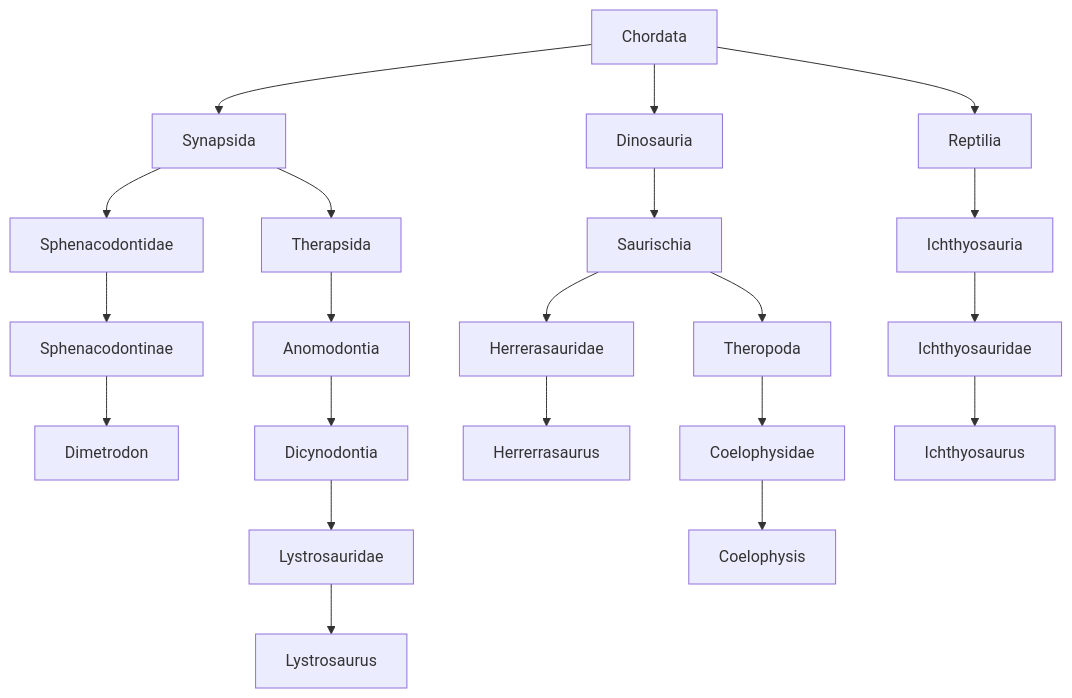
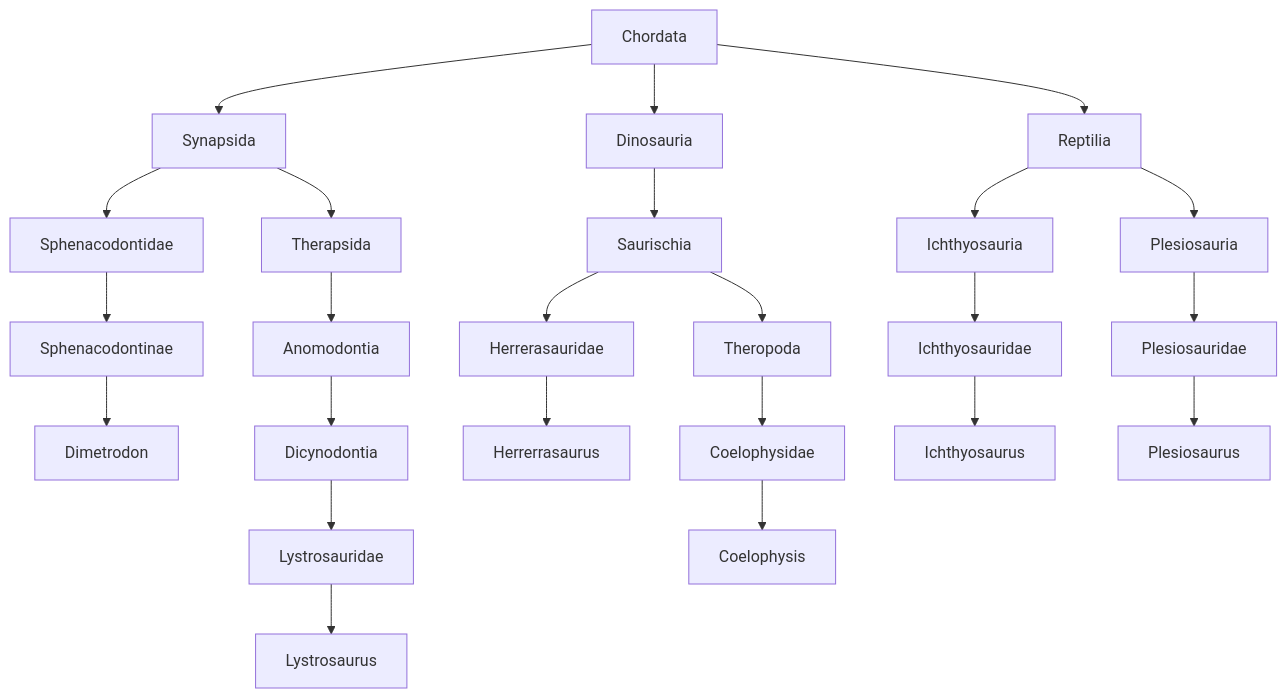
Before and after one commit to jackdixonryan/JWE2-Taxonomy: the diagram in readme.md, drawn with Mermaid.

Commit message:
Update readme.md
Added Plesiosaurus

````diff
--- a/readme.md
+++ b/readme.md
@@ -3,32 +3,37 @@
 ```mermaid
 graph TD;
 
 Chordata-->Synapsida
 Chordata-->Dinosauria
 Chordata-->Reptilia
 
 Synapsida-->Sphenacodontidae
 Synapsida-->Therapsida
 
 Sphenacodontidae-->Sphenacodontinae
 Sphenacodontinae-->Dimetrodon
 
 Therapsida-->Anomodontia
 Anomodontia-->Dicynodontia
 Dicynodontia-->Lystrosauridae
 Lystrosauridae-->Lystrosaurus
 
 Dinosauria-->Saurischia
 
 Saurischia-->Herrerasauridae
 Saurischia-->Theropoda
 
 Herrerasauridae-->Herrerrasaurus
 
 Theropoda-->Coelophysidae
 Coelophysidae-->Coelophysis
 
 Reptilia-->Ichthyosauria
+Reptilia-->Plesiosauria
+
 Ichthyosauria-->Ichthyosauridae 
 Ichthyosauridae-->Ichthyosaurus
+
+Plesiosauria-->Plesiosauridae 
+Plesiosauridae-->Plesiosaurus
 ```
````
